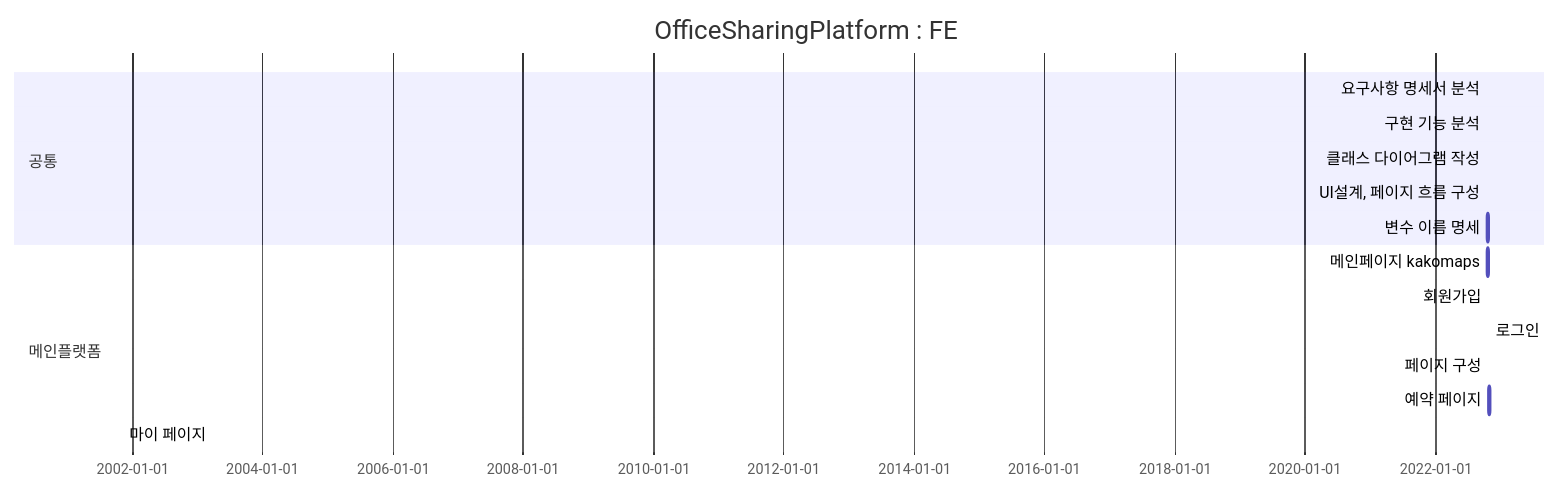
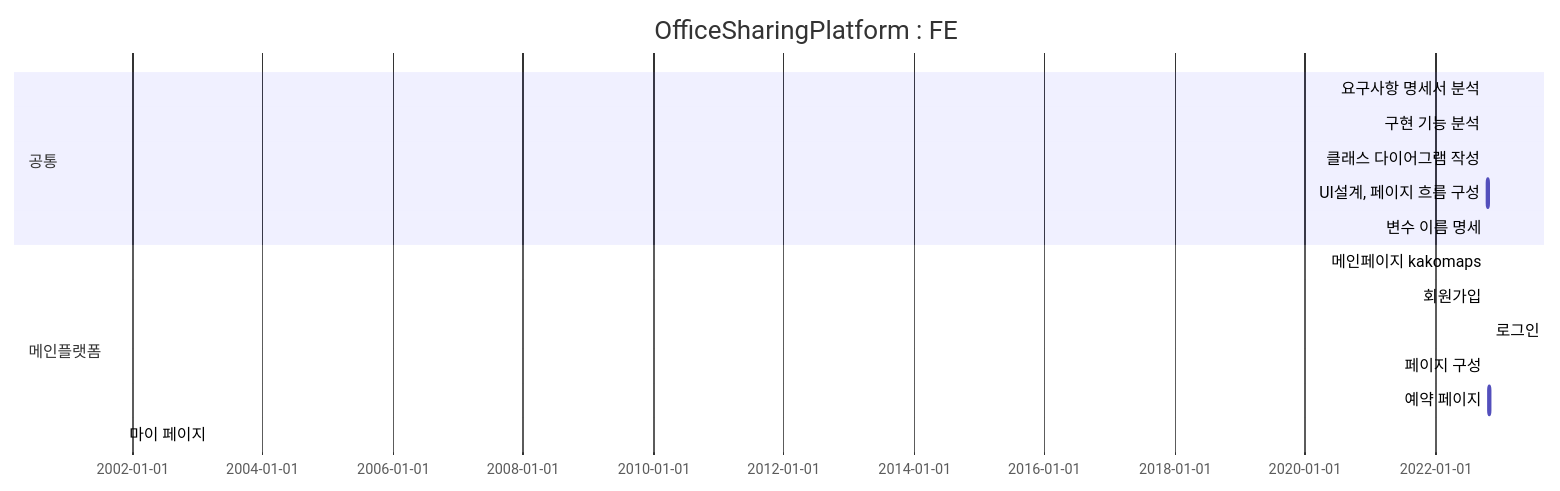
Before and after one commit to Hell-O-Demon-World/semi-OfficeSharingPlatform: the second of 2 diagrams in README.md, drawn with Mermaid.

````diff
--- a/README.md
+++ b/README.md
@@ -37,23 +37,23 @@
 ```mermaid
 gantt
 dateFormat MM-DD
 title OfficeSharingPlatform : FE
 
     section 공통
     요구사항 명세서 분석      :chap1, 10-21, 1d
     구현 기능 분석          :chap2, 10-21, 1d
     클래스 다이어그램 작성    :chap3, 10-21, 1d
     UI설계, 페이지 흐름 구성          :chap4, 10-21, 2d
     변수 이름 명세          :chap5, 10-24, 1d
 
 
     section 메인플랫폼
     메인페이지 kakomaps     : chap1, 10-24, 1d
     회원가입                :chap2, 10-25, 1d
-    로그인                 :chap3, 10-26, 3d
+    로그인                 :chap3, 10-26, 1d
     페이지 구성            :chap4, 10-27, 1d
-    예약 페이지            :chap5, 10-31, 6d
+    예약 페이지            :chap5, 10-28, 7d
     마이 페이지            :chap6, 11-5, 1d
 
 
 ```
````
